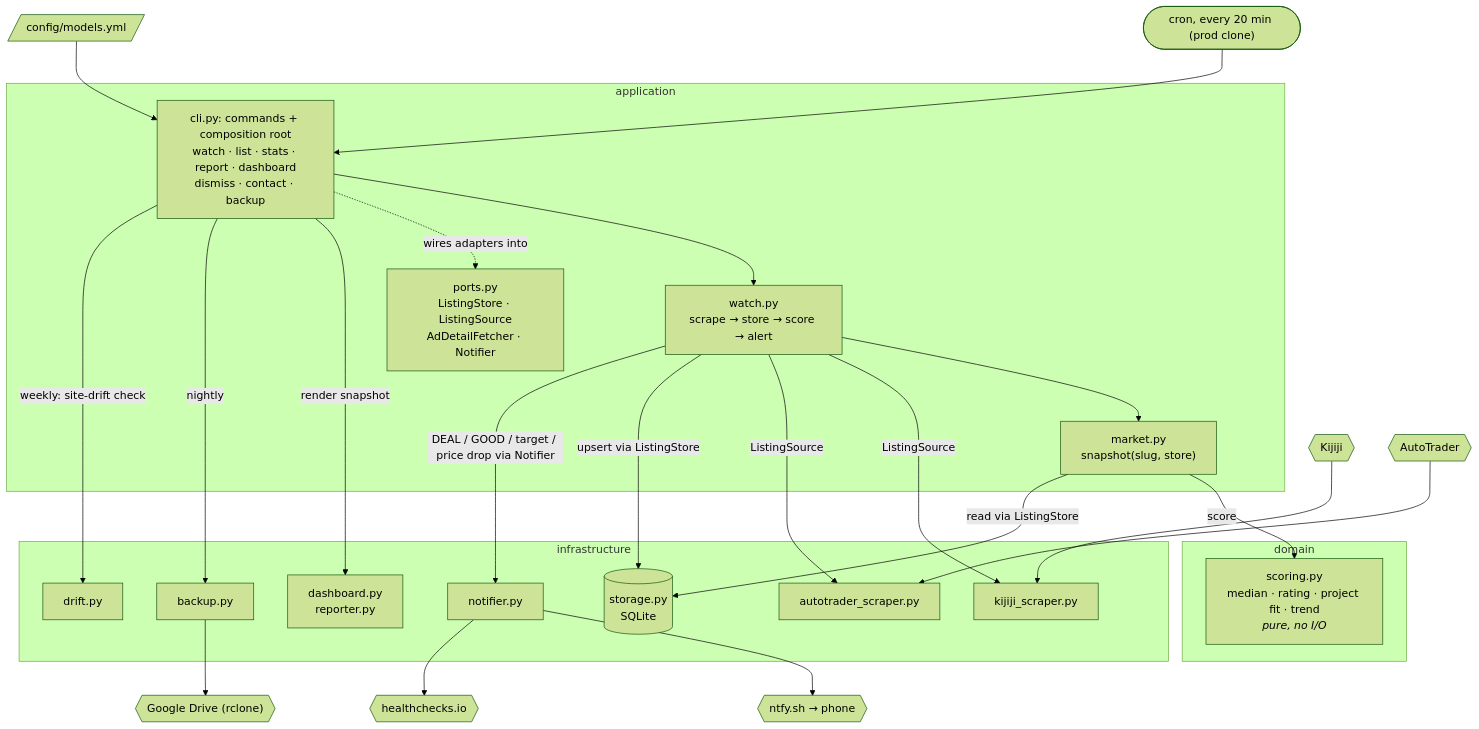
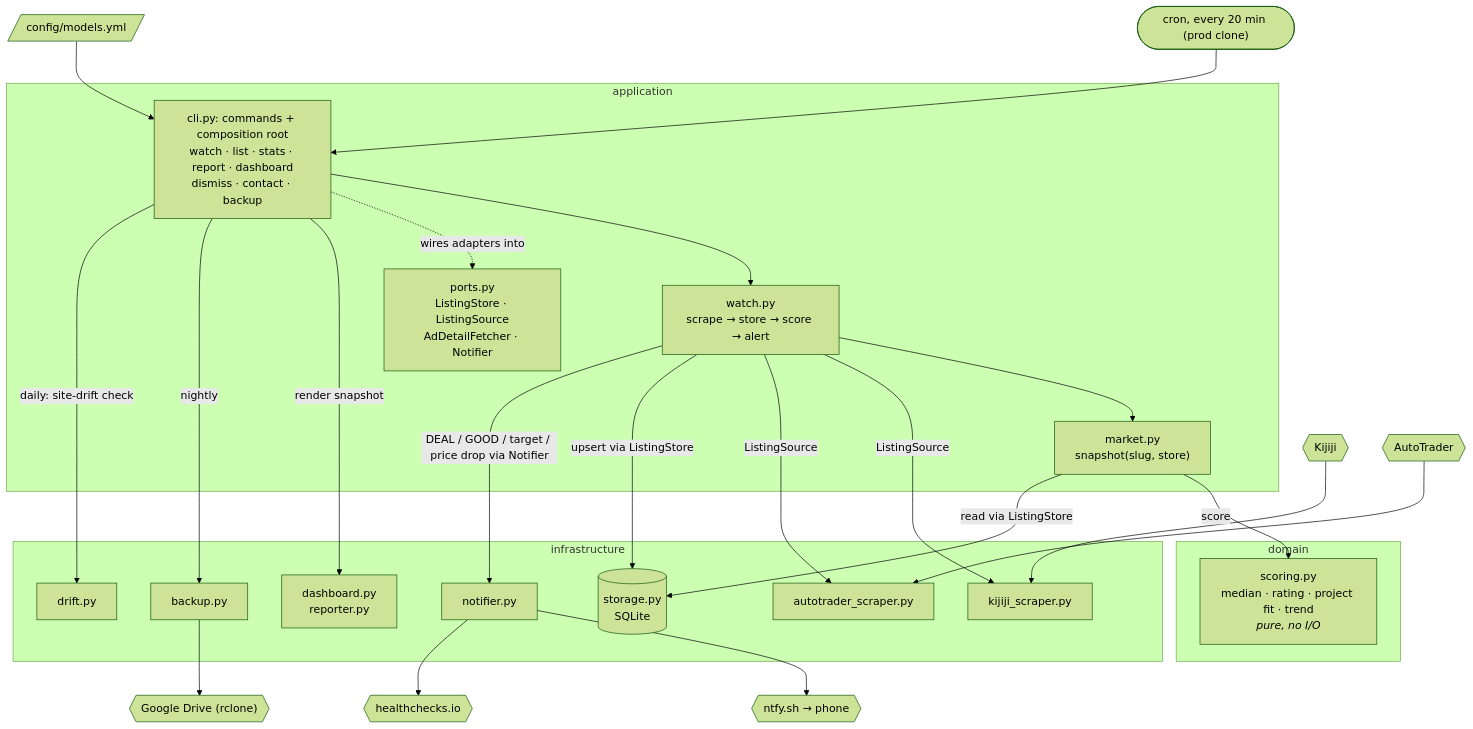
One commit to adamkwhite/dirtbike-tracker changed the diagram in README.md. Above: the diagram before and after it, drawn with Mermaid (forest theme). The commit also changed other lines of this file and 7 other files, not shown here.

First line of the commit message:
chore(cron): run the site-drift check daily, not weekly (#90)

````diff
--- a/README.md
+++ b/README.md
@@ -10,43 +10,43 @@
 ```mermaid
 flowchart TB
     cron(["cron, every 20 min (prod clone)"]) --> cli
     config[/"config/models.yml"/] --> cli
 
     subgraph application
         cli["cli.py: commands + composition root<br/>watch · list · stats · report · dashboard<br/>dismiss · contact · backup"]
         watch["watch.py<br/>scrape → store → score → alert"]
         market["market.py<br/>snapshot(slug, store)"]
         ports["ports.py<br/>ListingStore · ListingSource<br/>AdDetailFetcher · Notifier"]
         cli --> watch --> market
         cli -.->|wires adapters into| ports
     end
 
     subgraph domain
         scoring["scoring.py<br/>median · rating · project fit · trend<br/><i>pure, no I/O</i>"]
     end
 
     subgraph infrastructure
         kij["kijiji_scraper.py"]
         at["autotrader_scraper.py"]
         storage[("storage.py<br/>SQLite")]
         render["dashboard.py<br/>reporter.py"]
         notifier["notifier.py"]
         backup["backup.py"]
         drift["drift.py"]
     end
 
     market -->|score| scoring
     market -->|read via ListingStore| storage
     watch -->|ListingSource| kij & at
     watch -->|upsert via ListingStore| storage
     cli -->|render snapshot| render
     watch -->|DEAL / GOOD / target / price drop via Notifier| notifier
 
     kijiji{{Kijiji}} --> kij
     autotrader{{AutoTrader}} --> at
     notifier --> ntfy{{"ntfy.sh → phone"}}
     notifier --> hc{{healthchecks.io}}
     cli -->|nightly| backup
-    cli -->|weekly: site-drift check| drift
+    cli -->|daily: site-drift check| drift
     backup --> drive{{"Google Drive (rclone)"}}
 ```
````
